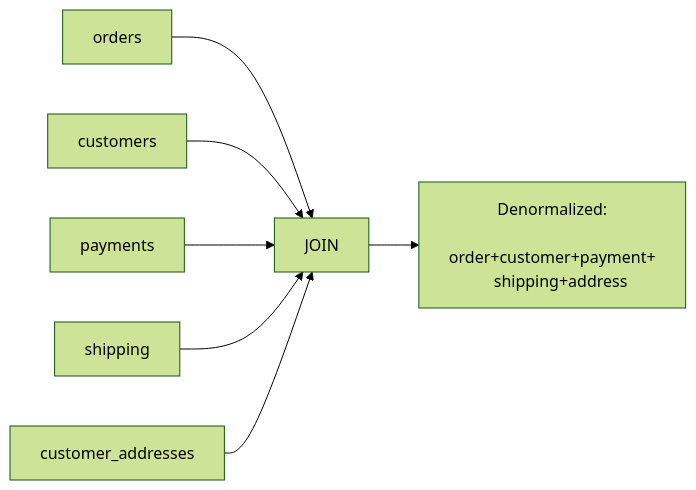
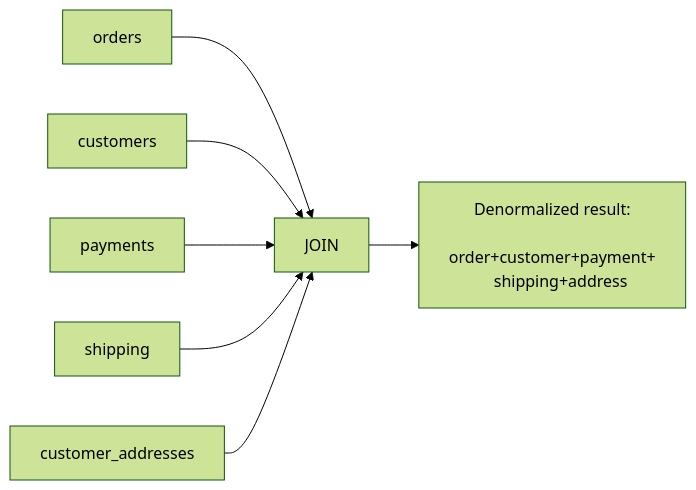
The ninth of 18 diagrams in docs/en/schema/views.md (civilian7/sql-tutorial), drawn with Mermaid (forest theme) before and after one commit. The commit also changed other lines of this file and 121 other files, not shown here.

````diff
--- a/docs/en/schema/views.md
+++ b/docs/en/schema/views.md
@@ -873,11 +887,11 @@
 ```mermaid
 flowchart LR
     A["orders"] --> F["JOIN"]
     B["customers"] --> F
     C["payments"] --> F
     D["shipping"] --> F
     E["customer_addresses"] --> F
-    F --> G["Denormalized:
+    F --> G["Denormalized result:
     order+customer+payment+
     shipping+address"]
 ```
````
